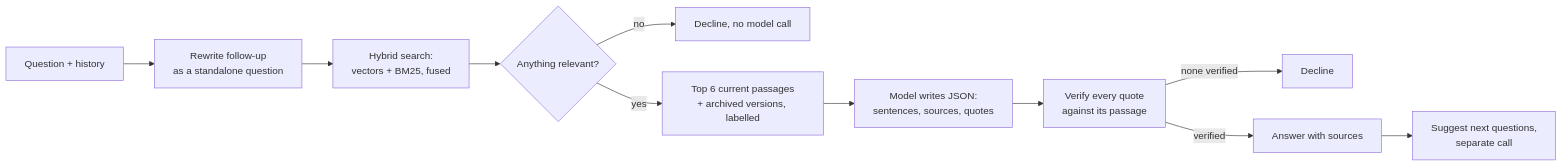
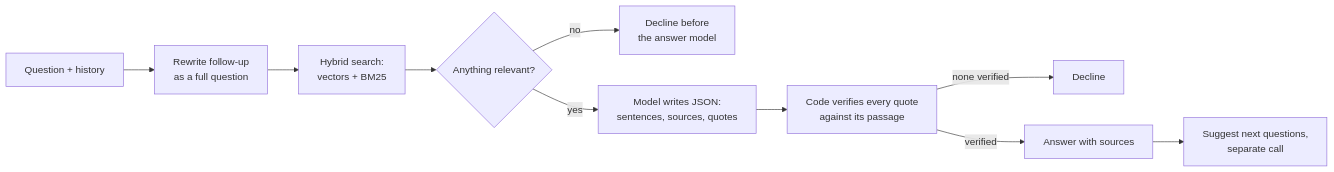
One commit to alinakkuznetsova/ask-the-studio changed the diagram in README.md. Above: the diagram before and after it, drawn with Mermaid. The commit also changed other lines of this file and 3 other files, not shown here.

````diff
--- a/README.md
+++ b/README.md
@@ -47,13 +47,12 @@
 ```mermaid
 flowchart LR
-  Q[Question + history] --> RW[Rewrite follow-up<br/>as a standalone question]
-  RW --> H[Hybrid search:<br/>vectors + BM25, fused]
+  Q[Question + history] --> RW[Rewrite follow-up<br/>as a full question]
+  RW --> H[Hybrid search:<br/>vectors + BM25]
   H --> G{Anything relevant?}
-  G -- no --> D[Decline, no model call]
-  G -- yes --> F[Top 6 current passages<br/>+ archived versions, labelled]
-  F --> L[Model writes JSON:<br/>sentences, sources, quotes]
-  L --> V[Verify every quote<br/>against its passage]
+  G -- no --> D[Decline before<br/>the answer model]
+  G -- yes --> L[Model writes JSON:<br/>sentences, sources, quotes]
+  L --> V[Code verifies every quote<br/>against its passage]
   V -- none verified --> D2[Decline]
   V -- verified --> OUT[Answer with sources]
   OUT --> S[Suggest next questions,<br/>separate call]
 ```
````
